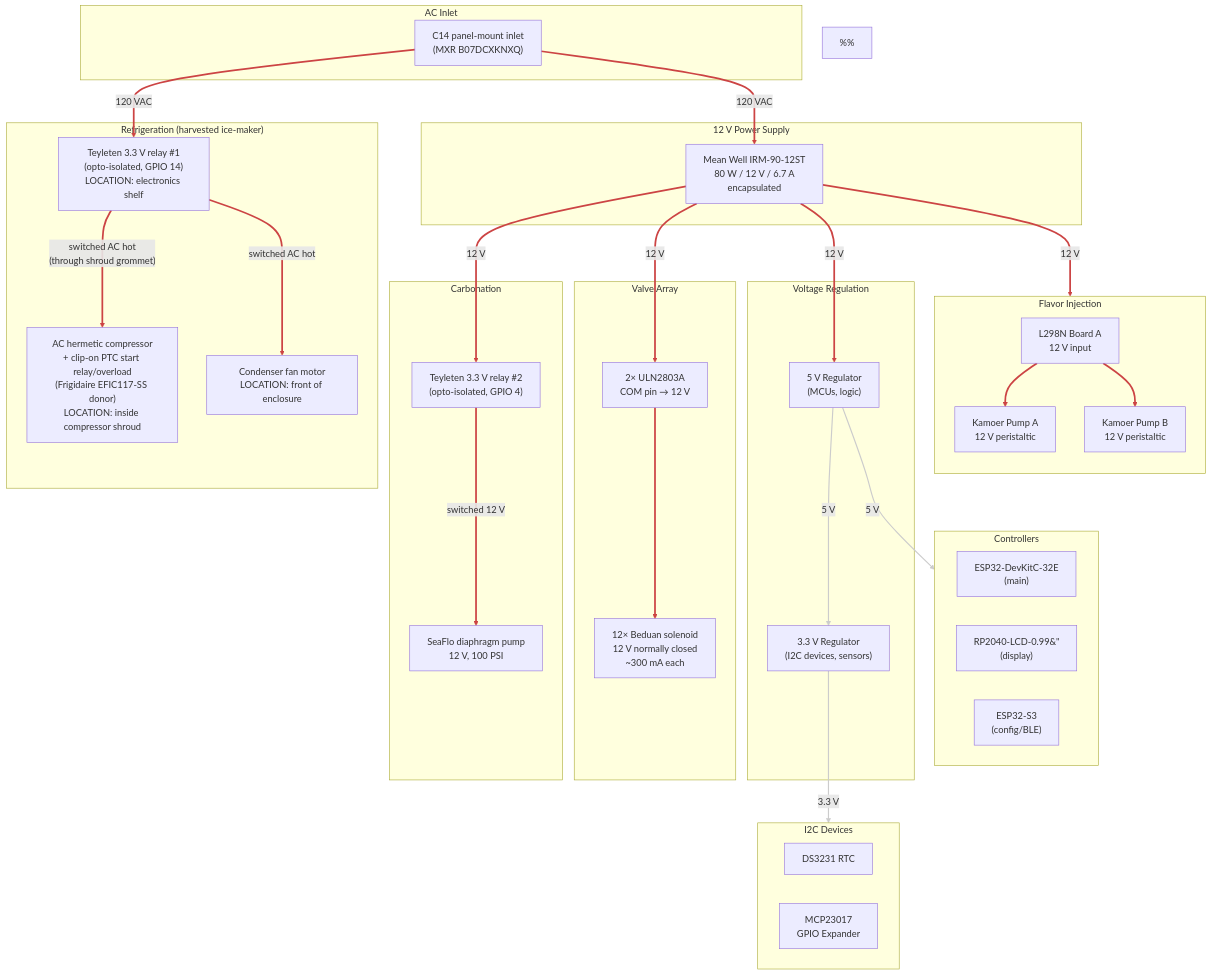
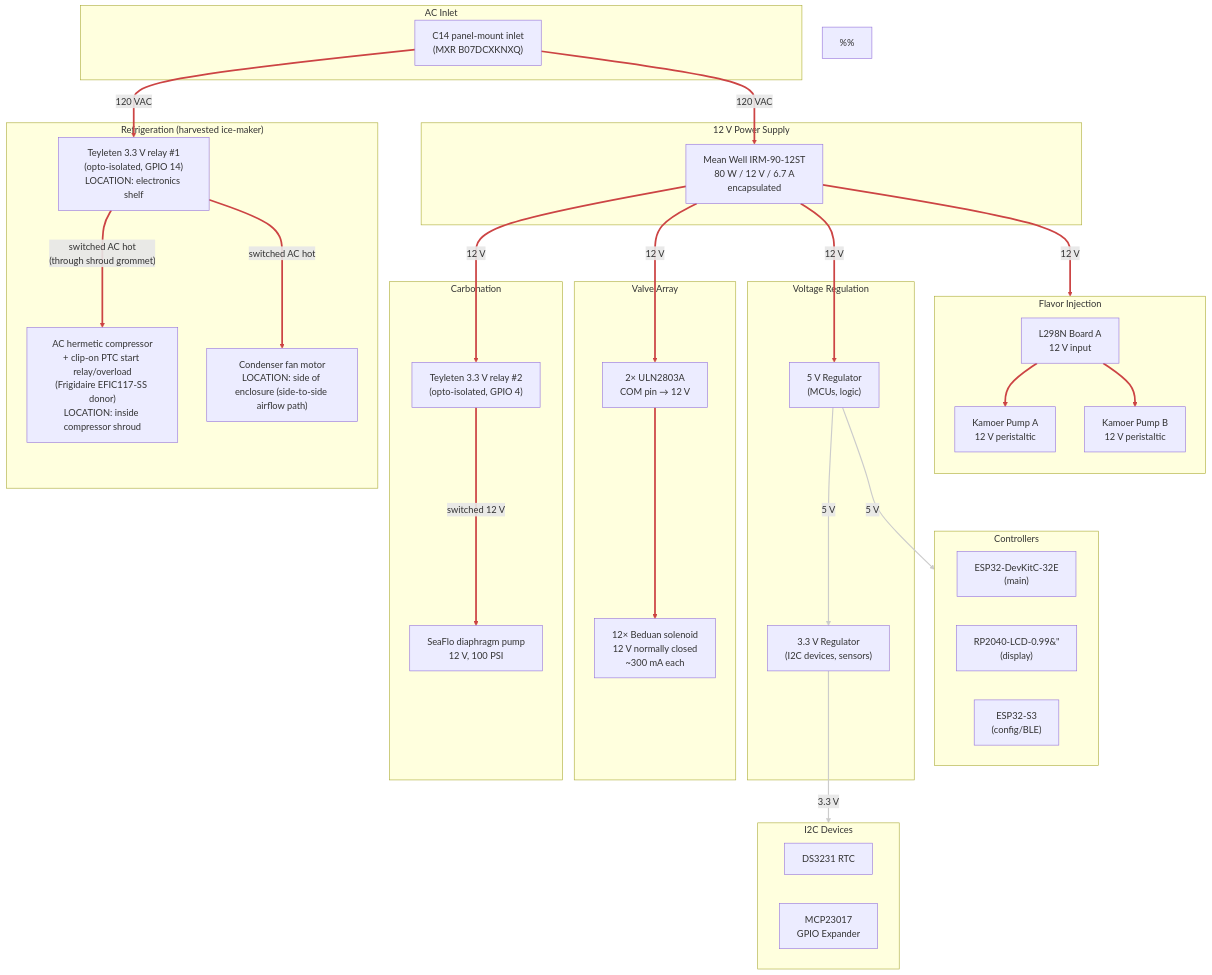
Before and after one commit to derekbreden/homesodamachine: the diagram in hardware/wiring/power.mmd, drawn with Mermaid. The commit also changed 3 other files, not shown here.

First line of the commit message:
enclosure: encode side-to-side condenser airflow as the plan

```diff
--- a/hardware/wiring/power.mmd
+++ b/hardware/wiring/power.mmd
@@ -1,112 +1,113 @@
 flowchart TD
 
   %% Power Distribution (current plan).
   %% 120 VAC mains in via C14 inlet; Mean Well 12 V PSU supplies the
   %% 12 V bus for everything except the compressor itself, which runs
   %% on switched mains via Teyleten relay #1 (ESP32 GPIO 14). The 12 V
   %% diaphragm pump is gated by Teyleten relay #2 (ESP32 GPIO 4) so
   %% firmware can keep refill off during an active dispense.
   %%
   %% Physical placement:
   %% - The C14 inlet, AC distribution, PSU, both Teyleten relays, the
   %%   ESP32, MCP23017, ULN2803A pair, L298N, and voltage regulators
   %%   all sit on a single electronics shelf at the top-back of the
   %%   enclosure, behind the rear-panel C14 inlet.
   %% - The compressor sits middle-bottom inside a fire-rated metal
   %%   shroud (because the appliance is going into kitchens used by
   %%   friends, family, and customers the founder knows by name, and
   %%   safe handling of the R-600a charge is what UL 60335-2-89
   %%   actually requires); its clip-on PTC start relay + overload
   %%   module is co-located with the compressor body inside the shroud.
   %% - Teyleten relay #1 stays on the SHELF, OUTSIDE the shroud.
   %%   Only switched AC enters the shroud (one wire bundle through one
   %%   grommet: switched H + N + chassis G). This avoids placing an
   %%   arcing contact inside the protected hydrocarbon-refrigerant
   %%   compartment.
-  %% - The condenser fan motor is at the front of the enclosure
-  %%   (where the condenser exhausts) and is OUTSIDE the shroud; it
-  %%   shares the relay #1 switched output via a short tap.
+  %% - The condenser fan motor is on the side of the enclosure
+  %%   (the side-to-side intake → condenser → exhaust airflow path)
+  %%   and is OUTSIDE the shroud; it shares the relay #1 switched
+  %%   output via a short tap.
   %%
   %% See `ac-wiring-schedule.md` for run-by-run gauges + lengths and
   %% `../cut-parts/compressor-shroud/` for the shroud part.
 
   subgraph AC_Inlet["AC Inlet"]
     C14["C14 panel-mount inlet\n(MXR B07DCXKNXQ)"]
   end
 
   subgraph Supply["12 V Power Supply"]
     PSU["Mean Well IRM-90-12ST\n80 W / 12 V / 6.7 A\nencapsulated"]
   end
 
   subgraph Refrigeration["Refrigeration  (harvested ice-maker)"]
     RELAY["Teyleten 3.3 V relay #1\n(opto-isolated, GPIO 14)\nLOCATION: electronics shelf"]
     COMP_AC["AC hermetic compressor\n+ clip-on PTC start relay/overload\n(Frigidaire EFIC117-SS donor)\nLOCATION: inside compressor shroud"]
-    COND_FAN["Condenser fan motor\nLOCATION: front of enclosure"]
+    COND_FAN["Condenser fan motor\nLOCATION: side of enclosure (side-to-side airflow path)"]
     RELAY ==>|"switched AC hot\n(through shroud grommet)"| COMP_AC
     RELAY ==>|"switched AC hot"| COND_FAN
   end
 
   subgraph Regulation["Voltage Regulation"]
     REG_5V["5 V Regulator\n(MCUs, logic)"]
     REG_3V3["3.3 V Regulator\n(I2C devices, sensors)"]
   end
 
   subgraph Carbonation["Carbonation"]
     DIA_RELAY["Teyleten 3.3 V relay #2\n(opto-isolated, GPIO 4)"]
     DIA_PUMP["SeaFlo diaphragm pump\n12 V, 100 PSI"]
     DIA_RELAY ==>|"switched 12 V"| DIA_PUMP
   end
 
   subgraph Flavor["Flavor Injection"]
     direction TB
     L298["L298N Board A\n12 V input"]
     PUMP_A["Kamoer Pump A\n12 V peristaltic"]
     PUMP_B["Kamoer Pump B\n12 V peristaltic"]
     L298 ==> PUMP_A
     L298 ==> PUMP_B
   end
 
   subgraph Valve_Power["Valve Array"]
     ULN["2× ULN2803A\nCOM pin → 12 V"]
     VALVES["12× Beduan solenoid\n12 V normally closed\n~300 mA each"]
     ULN ==> VALVES
   end
 
   subgraph MCUs["Controllers"]
     ESP32["ESP32-DevKitC-32E\n(main)"]
     RP2040["RP2040-LCD-0.99&#34;\n(display)"]
     S3["ESP32-S3\n(config/BLE)"]
   end
 
   subgraph I2C_Devices["I2C Devices"]
     RTC["DS3231 RTC"]
     MCP["MCP23017\nGPIO Expander"]
   end
 
   %% AC distribution (hot leg)
   C14 ==>|"120 VAC"| RELAY
   C14 ==>|"120 VAC"| PSU
 
   %% 12 V distribution
   PSU ==>|"12 V"| DIA_RELAY
   PSU ==>|"12 V"| L298
   PSU ==>|"12 V"| ULN
   PSU ==>|"12 V"| REG_5V
 
   %% Regulated logic-level
   REG_5V -->|"5 V"| REG_3V3
   REG_5V -->|"5 V"| MCUs
   REG_3V3 -->|"3.3 V"| I2C_Devices
 
   %% Power paths (red, thick).
   %% 0    = relay #1 -> compressor (switched AC, through shroud)
   %% 1    = relay #1 -> condenser fan (switched AC)
   %% 2    = Teyleten relay #2 -> diaphragm pump (switched 12 V)
   %% 3-4  = L298 -> peristaltic pumps
   %% 5    = ULN2803A -> solenoid valves
   %% 6-7  = C14 -> relay #1, C14 -> PSU (AC mains)
   %% 8-11 = PSU 12 V trunk to all subsystems
   linkStyle 0,1,2,3,4,5,6,7,8,9,10,11 stroke:#c44,stroke-width:3px
   %% Regulated logic-level supplies (5V, 3.3V): white workhorse.
   %% 12-14 = REG_5V -> REG_3V3, REG_5V -> MCUs, REG_3V3 -> I2C devices.
   linkStyle 12,13,14 stroke:#ccc,stroke-width:2px
```
